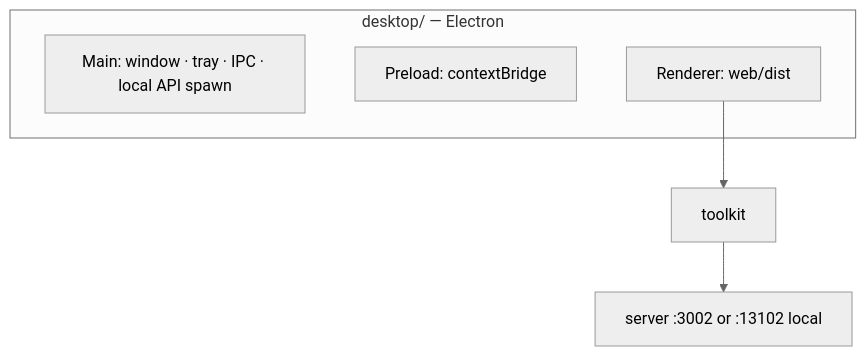
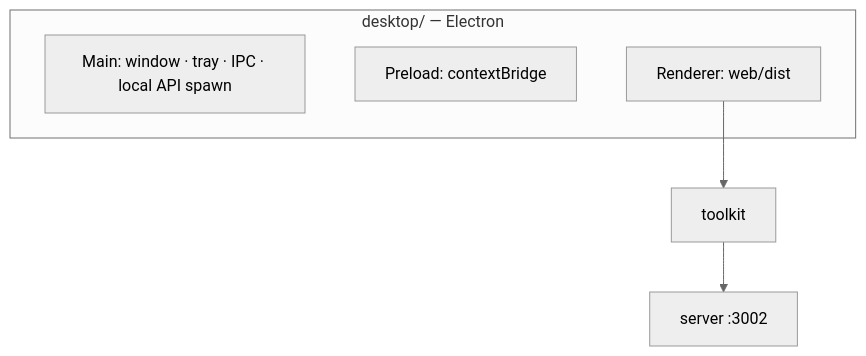
The eighth of 8 diagrams in ARCHITECTURE.md (fecommunity/reactpress), drawn with Mermaid (neutral theme) before and after one commit. The commit also changed other lines of this file and 57 other files, not shown here.

````diff
--- a/ARCHITECTURE.md
+++ b/ARCHITECTURE.md
@@ -977,10 +977,10 @@
 ```mermaid
 flowchart TB
   subgraph DesktopApp["desktop/ — Electron"]
     Main[Main: window · tray · IPC · local API spawn]
     Preload[Preload: contextBridge]
     Renderer[Renderer: web/dist]
   end
   Renderer --> Toolkit[toolkit]
-  Toolkit --> API[server :3002 or :13102 local]
+  Toolkit --> API[server :3002]
 ```
````
